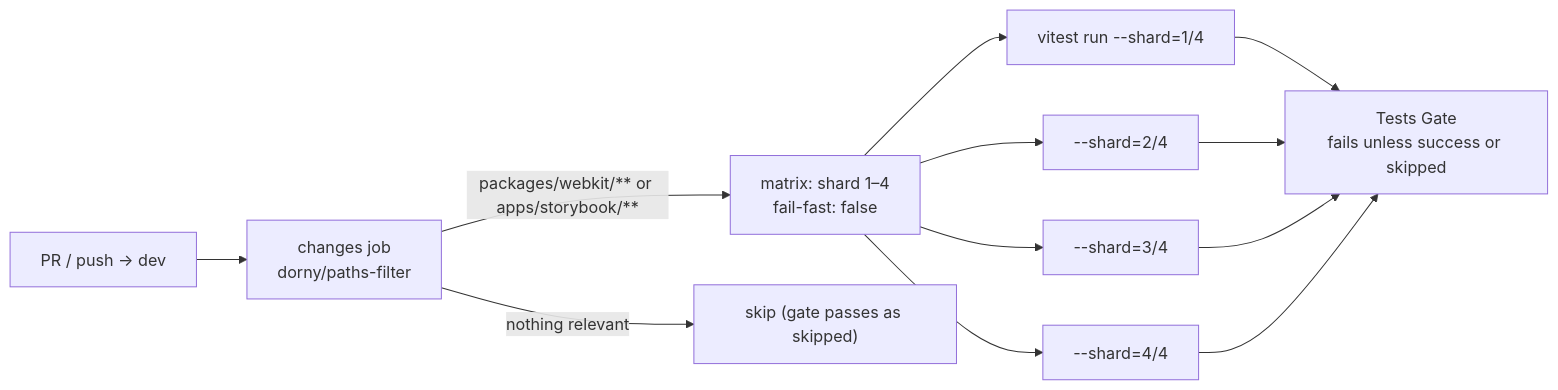
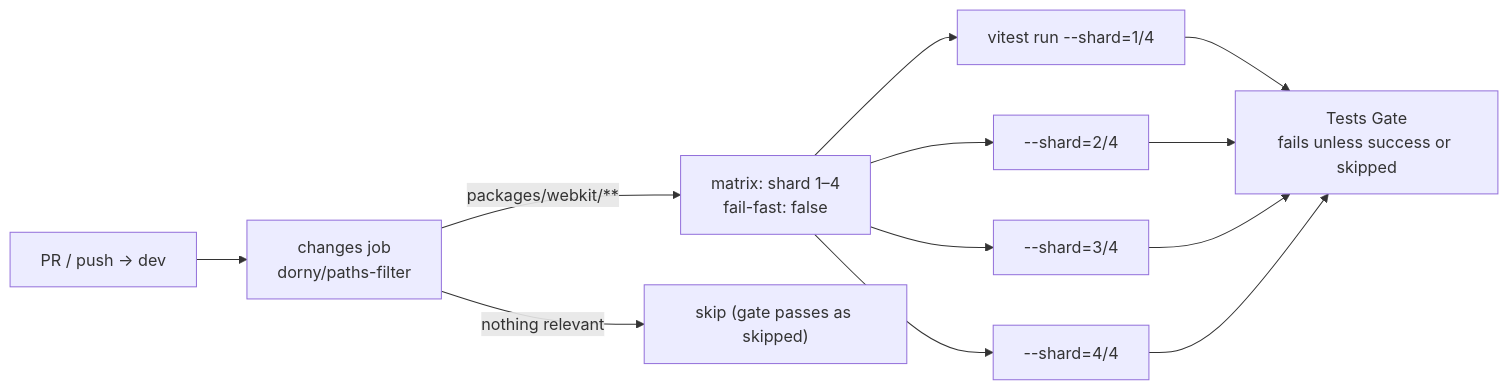
One commit to aziontech/webkit changed the third of 3 diagrams in .claude/docs/OVERVIEW_TESTS.md. Above: the diagram before and after it, drawn with Mermaid. The commit also changed other lines of this file and 317 other files, not shown here.

````diff
--- a/.claude/docs/OVERVIEW_TESTS.md
+++ b/.claude/docs/OVERVIEW_TESTS.md
@@ -248,14 +188,14 @@
 ```mermaid
 flowchart LR
     T["PR / push → dev"] --> CH["changes job<br/>dorny/paths-filter"]
-    CH -- "packages/webkit/** or apps/storybook/**" --> MX["matrix: shard 1–4<br/>fail-fast: false"]
+    CH -- "packages/webkit/**" --> MX["matrix: shard 1–4<br/>fail-fast: false"]
     CH -- "nothing relevant" --> SKIP["skip (gate passes as skipped)"]
     MX --> S1["vitest run --shard=1/4"]
     MX --> S2["--shard=2/4"]
     MX --> S3["--shard=3/4"]
     MX --> S4["--shard=4/4"]
     S1 --> G["Tests Gate<br/>fails unless success or skipped"]
     S2 --> G
     S3 --> G
     S4 --> G
 ```
````
